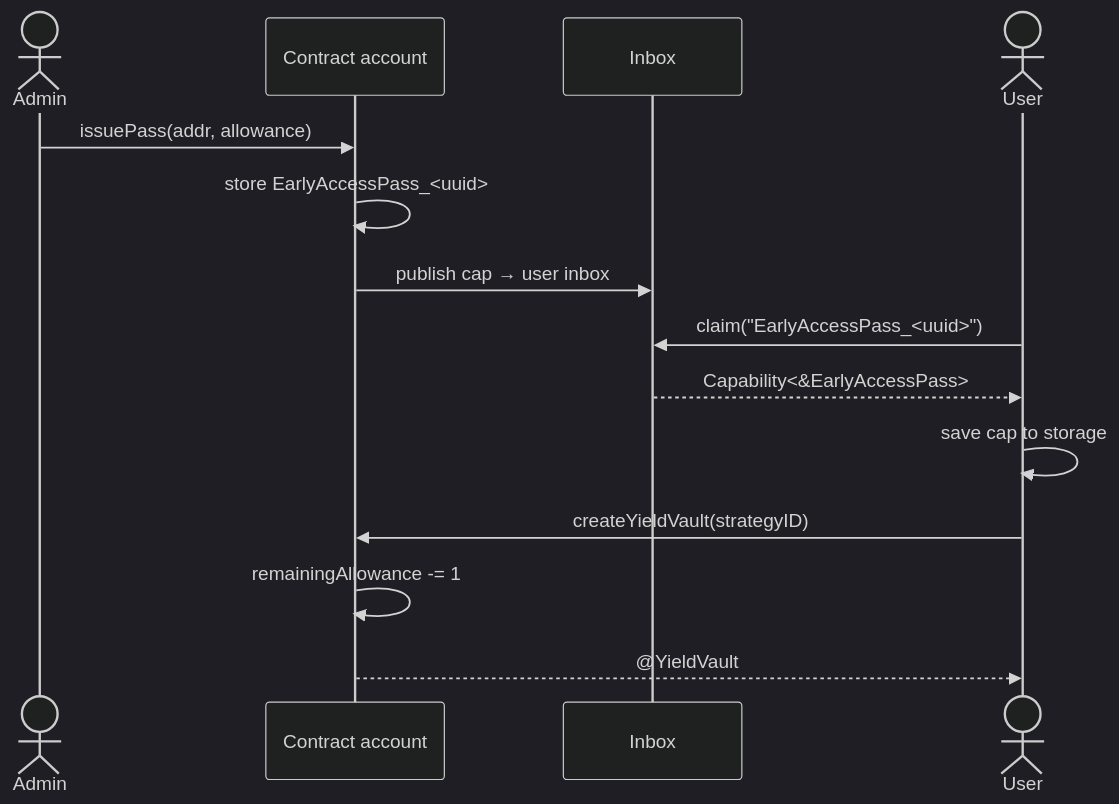
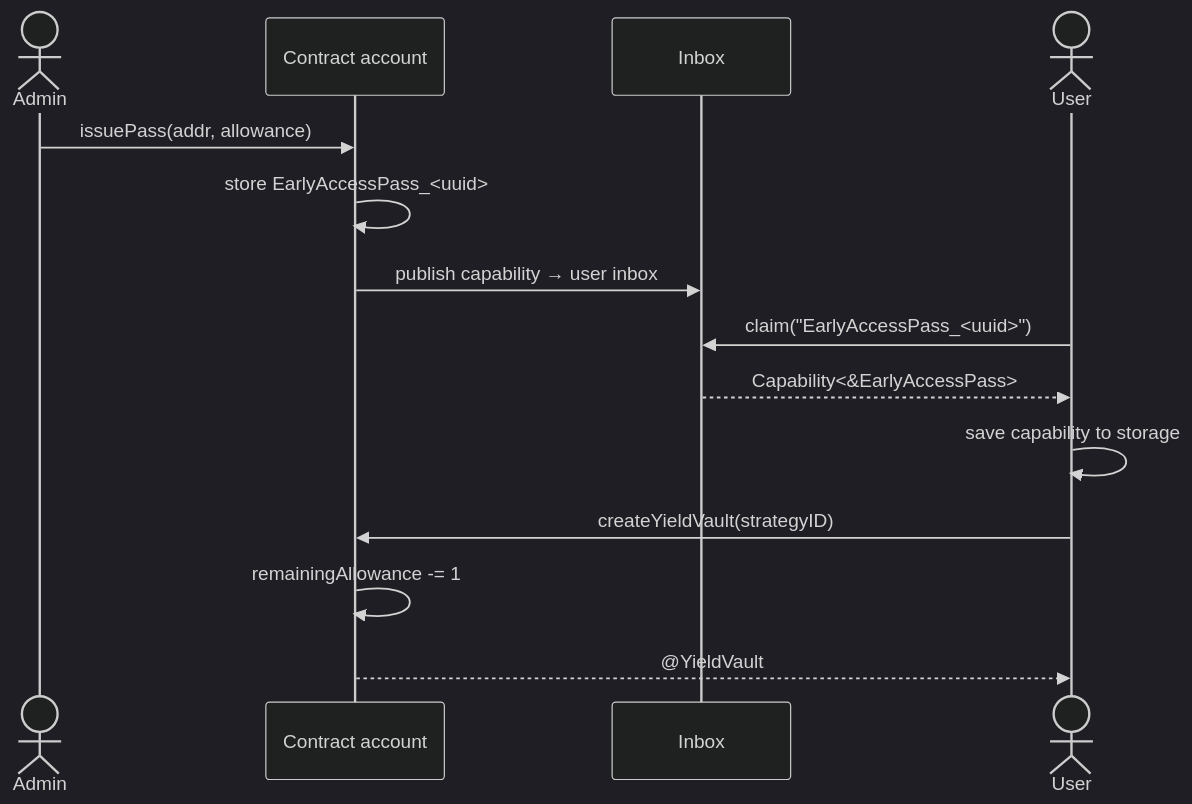
One commit to onflow/flow-credit-markets-old changed the first of 2 diagrams in docs/flow_yield_vaults_early_access.md. Above: the diagram before and after it, drawn with Mermaid (dark theme). The commit also changed 3 other files, not shown here.

Commit message:
rename cap to capability

````diff
--- a/docs/flow_yield_vaults_early_access.md
+++ b/docs/flow_yield_vaults_early_access.md
@@ -34,17 +34,17 @@
 ```mermaid
 sequenceDiagram
     actor Admin
     participant Contract as Contract account
     participant Inbox
     actor User
 
     Admin->>Contract: issuePass(addr, allowance)
     Contract->>Contract: store EarlyAccessPass_<uuid>
-    Contract->>Inbox: publish cap → user inbox
+    Contract->>Inbox: publish capability → user inbox
     User->>Inbox: claim("EarlyAccessPass_<uuid>")
     Inbox-->>User: Capability<&EarlyAccessPass>
-    User->>User: save cap to storage
+    User->>User: save capability to storage
     User->>Contract: createYieldVault(strategyID)
     Contract->>Contract: remainingAllowance -= 1
     Contract-->>User: @YieldVault
 ```
````
